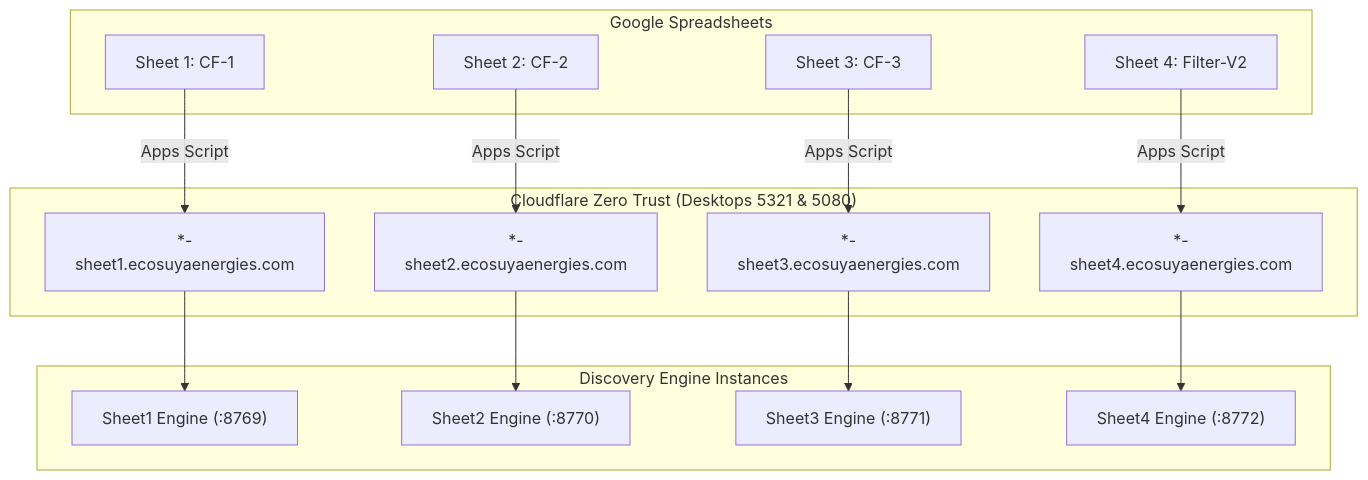
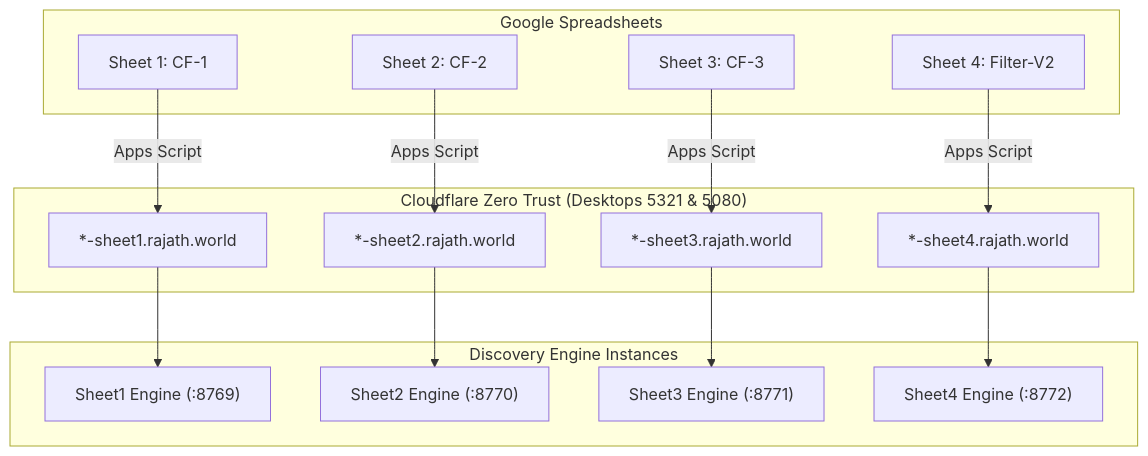
One commit to Viz38/publishing-disc changed the diagram in README.md. Above: the diagram before and after it, drawn with Mermaid. The commit also changed other lines of this file and 6 other files, not shown here.

Commit message:
chore: update fleet domain from ecosuyaenergies.com to rajath.world

````diff
--- a/README.md
+++ b/README.md
@@ -9,28 +9,28 @@
 ```mermaid
 graph TD
     subgraph Sheets["Google Spreadsheets"]
         S1["Sheet 1: CF-1"]
         S2["Sheet 2: CF-2"]
         S3["Sheet 3: CF-3"]
         S4["Sheet 4: Filter-V2"]
     end
 
     subgraph Tunnel["Cloudflare Zero Trust (Desktops 5321 & 5080)"]
-        CF1["*-sheet1.ecosuyaenergies.com"]
-        CF2["*-sheet2.ecosuyaenergies.com"]
-        CF3["*-sheet3.ecosuyaenergies.com"]
-        CF4["*-sheet4.ecosuyaenergies.com"]
+        CF1["*-sheet1.rajath.world"]
+        CF2["*-sheet2.rajath.world"]
+        CF3["*-sheet3.rajath.world"]
+        CF4["*-sheet4.rajath.world"]
     end
 
     subgraph Engines["Discovery Engine Instances"]
         E1["Sheet1 Engine (:8769)"]
         E2["Sheet2 Engine (:8770)"]
         E3["Sheet3 Engine (:8771)"]
         E4["Sheet4 Engine (:8772)"]
     end
 
     S1 --> |Apps Script| CF1 --> E1
     S2 --> |Apps Script| CF2 --> E2
     S3 --> |Apps Script| CF3 --> E3
     S4 --> |Apps Script| CF4 --> E4
 ```
````
